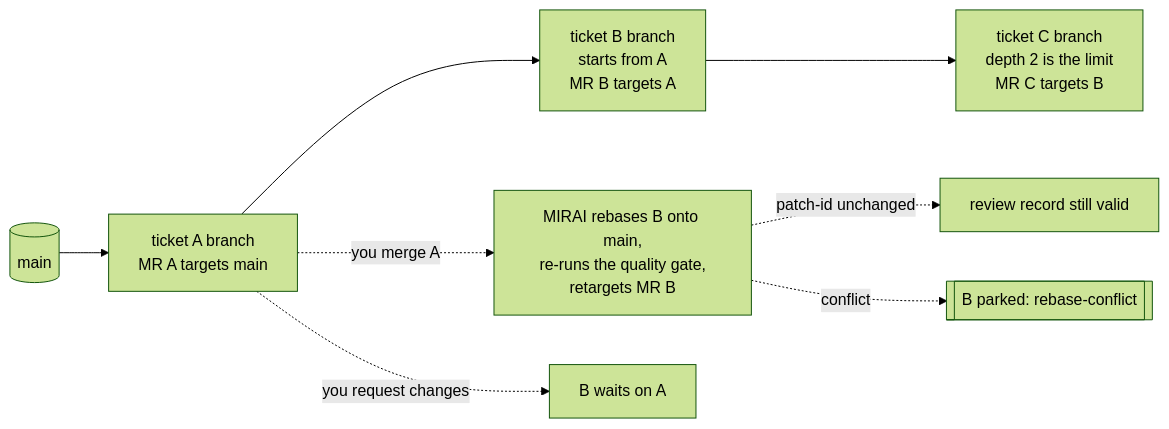
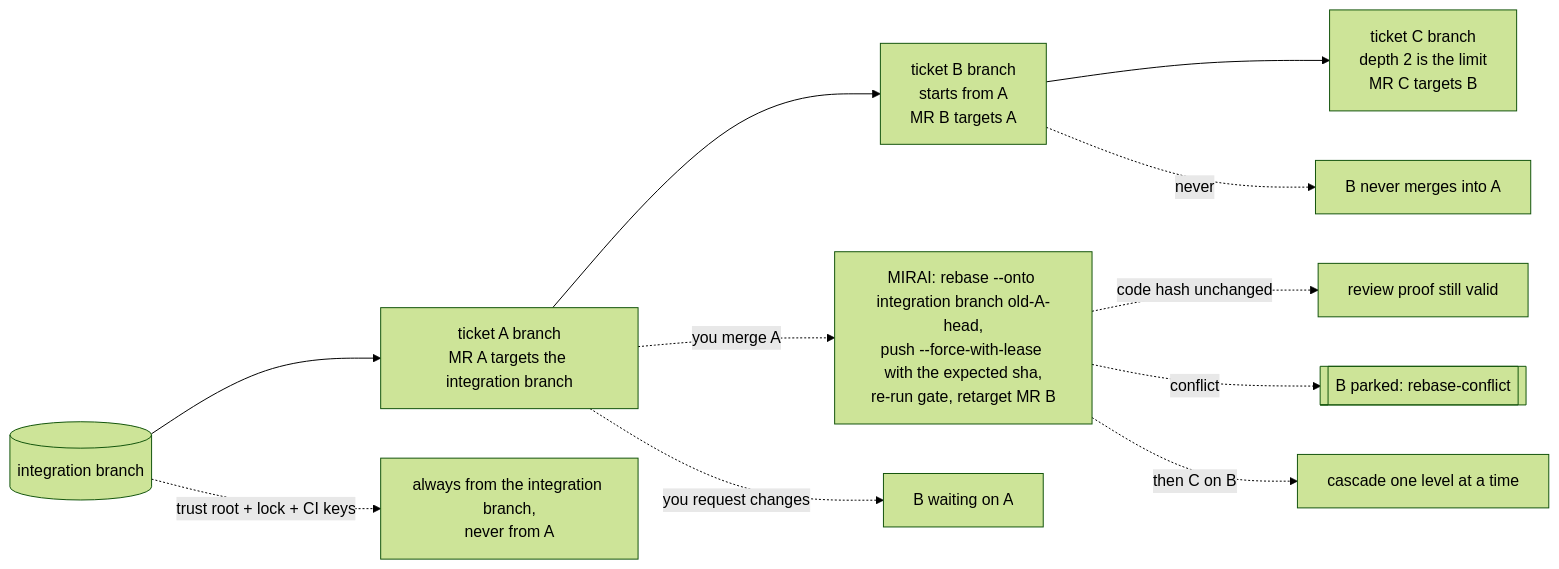
The second of 12 diagrams in design/02-architecture-diagram.md (jetmirhaxhisefa/mirai), drawn with Mermaid (forest theme) before and after one commit. The commit also changed other lines of this file and 22 other files, not shown here.

````diff
--- a/design/02-architecture-diagram.md
+++ b/design/02-architecture-diagram.md
@@ -92,10 +116,13 @@
 ```mermaid
 flowchart LR
-    MAIN[("main")] --> A["ticket A branch<br/>MR A targets main"]
+    MAIN[("integration branch")] --> A["ticket A branch<br/>MR A targets the integration branch"]
     A --> B["ticket B branch<br/>starts from A<br/>MR B targets A"]
     B --> C["ticket C branch<br/>depth 2 is the limit<br/>MR C targets B"]
-    A -. "you merge A" .-> RB["MIRAI rebases B onto main,<br/>re-runs the quality gate,<br/>retargets MR B"]
-    RB -. "patch-id unchanged" .-> KEEP["review record still valid"]
+    A -. "you merge A" .-> RB["MIRAI: rebase --onto integration branch old-A-head,<br/>push --force-with-lease with the expected sha,<br/>re-run gate, retarget MR B"]
+    RB -. "code hash unchanged" .-> KEEP["review proof still valid"]
     RB -. conflict .-> PK2[["B parked: rebase-conflict"]]
-    A -. "you request changes" .-> WAIT["B waits on A"]
+    RB -. "then C on B" .-> CAS["cascade one level at a time"]
+    A -. "you request changes" .-> WAIT["B waiting on A"]
+    MAIN -. "trust root + lock + CI keys" .-> TRB["always from the integration branch,<br/>never from A"]
+    B -. "never" .-> NOM["B never merges into A"]
 ```
````
